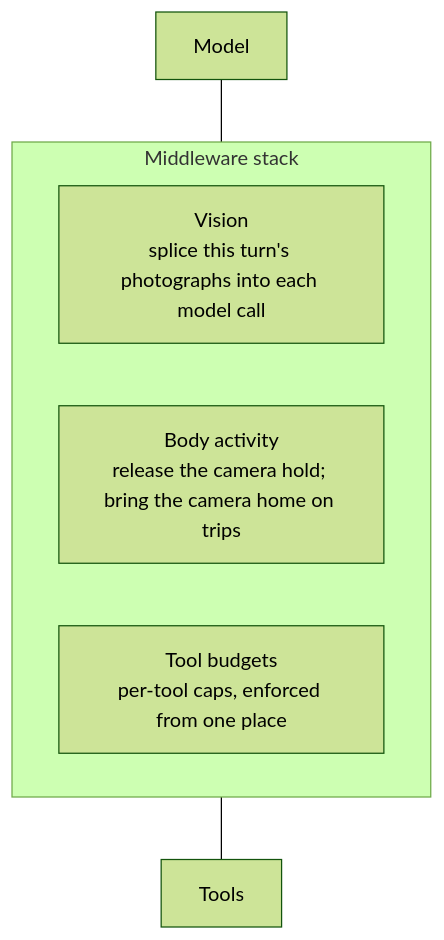
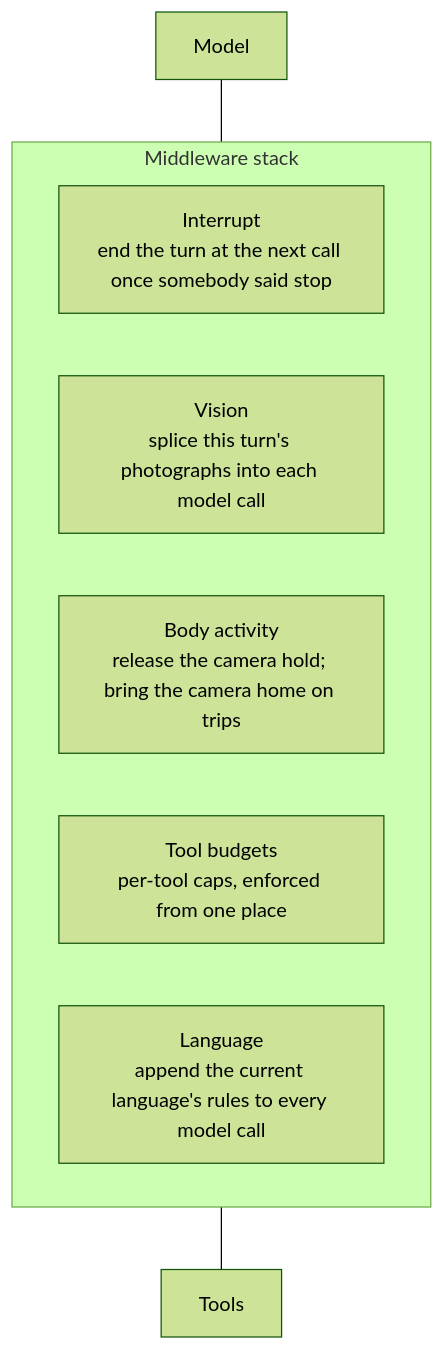
One commit to Xmindz/scout_docs changed the third of 4 diagrams in docs/02-ai-agent.md. Above: the diagram before and after it, drawn with Mermaid (forest theme). The commit also changed other lines of this file and 16 other files, not shown here.

````diff
--- a/docs/02-ai-agent.md
+++ b/docs/02-ai-agent.md
@@ -225,9 +300,11 @@
 ```mermaid
 flowchart TB
     subgraph MW["Middleware stack"]
+        I["Interrupt\nend the turn at the next call once somebody said stop"]
         V["Vision\nsplice this turn's photographs into each model call"]
         B["Body activity\nrelease the camera hold; bring the camera home on trips"]
         T["Tool budgets\nper-tool caps, enforced from one place"]
+        L["Language\nappend the current language's rules to every model call"]
     end
     MODEL["Model"] --- MW --- TOOLS["Tools"]
 ```
````
